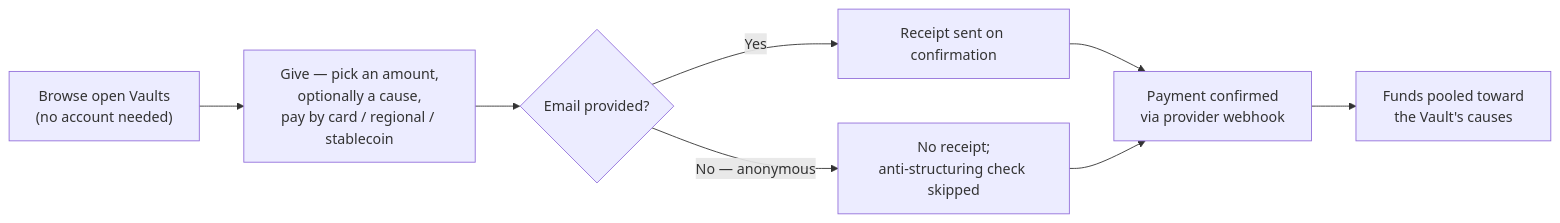
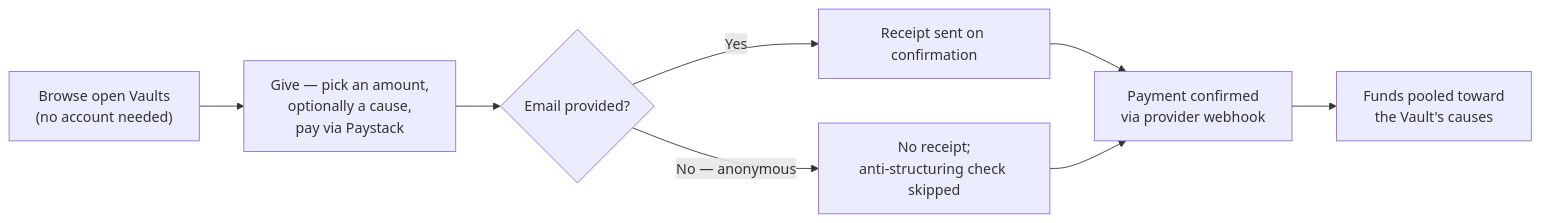
One commit to hahu07/birr changed the diagram in apps/docs/docs/vaults.md. Above: the diagram before and after it, drawn with Mermaid. The commit also changed other lines of this file and 4 other files, not shown here.

````diff
--- a/apps/docs/docs/vaults.md
+++ b/apps/docs/docs/vaults.md
@@ -54,10 +54,10 @@
 ```mermaid
 flowchart LR
-    A["Browse open Vaults<br/>(no account needed)"] --> B["Give — pick an amount,<br/>optionally a cause,<br/>pay by card / regional / stablecoin"]
+    A["Browse open Vaults<br/>(no account needed)"] --> B["Give — pick an amount,<br/>optionally a cause,<br/>pay via Paystack"]
     B --> C{"Email provided?"}
     C -->|Yes| D["Receipt sent on confirmation"]
     C -->|No — anonymous| E["No receipt;<br/>anti-structuring check skipped"]
     D --> F["Payment confirmed<br/>via provider webhook"]
     E --> F
     F --> G["Funds pooled toward<br/>the Vault's causes"]
 ```
````
